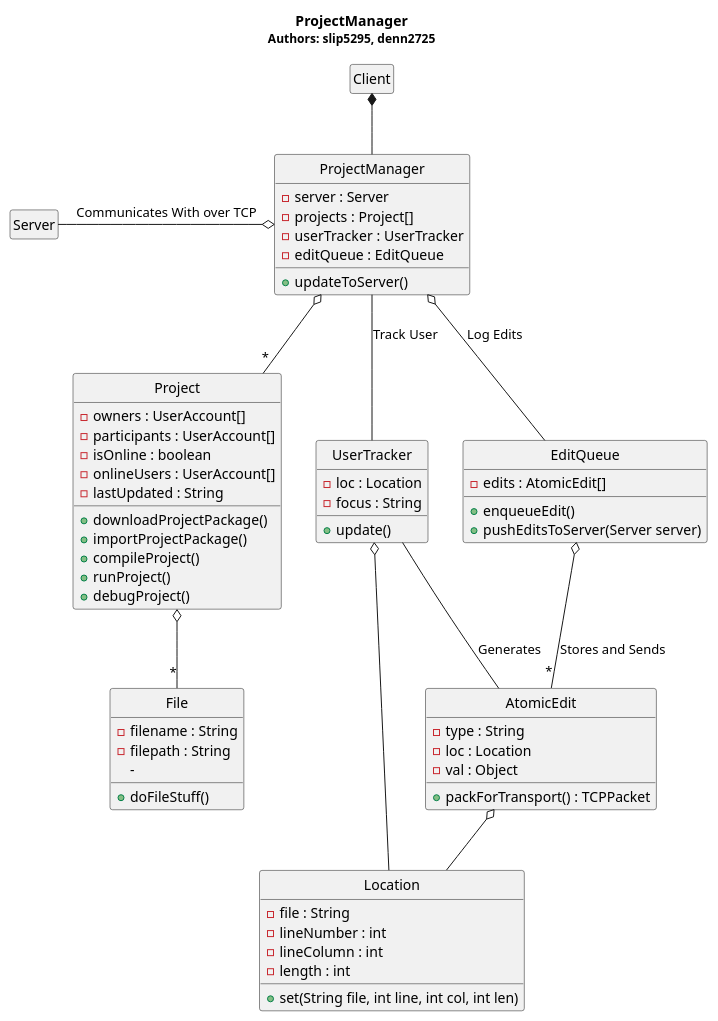
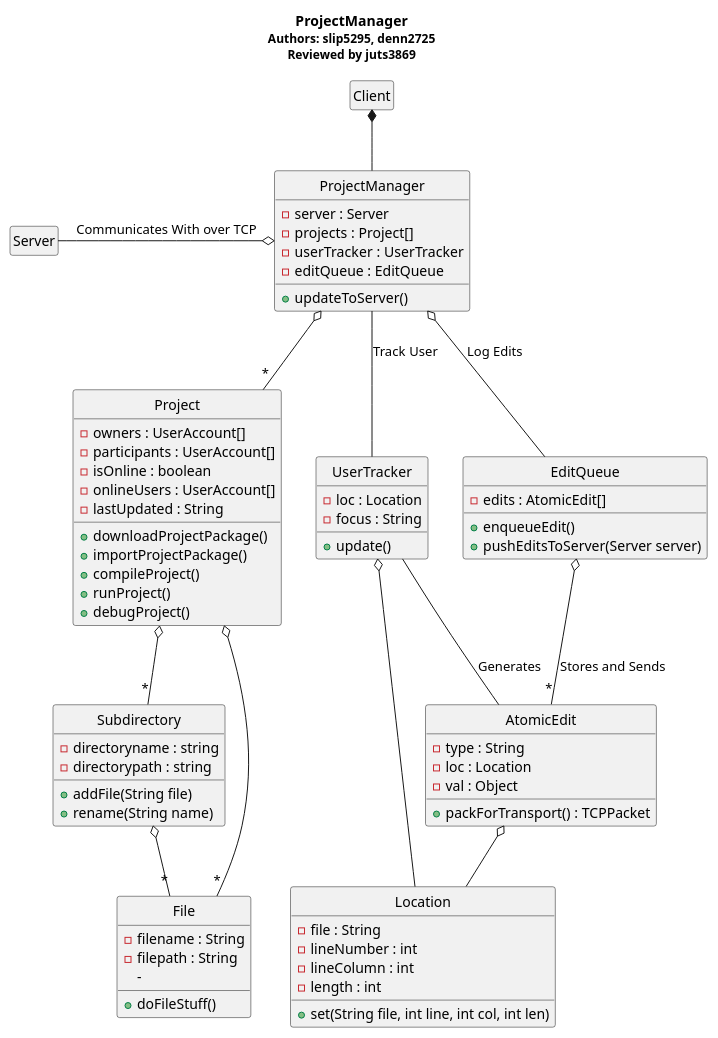
One commit to voxelv/sQuire_kw changed the diagram in hw3/Client/client_project.pu. Above: the diagram before and after it, drawn with PlantUML.

Commit message:
added Reviewed by line and Subdirectory class

```diff
--- a/hw3/Client/client_project.pu
+++ b/hw3/Client/client_project.pu
@@ -1,85 +1,94 @@
 @startuml
 hide circle
 hide empty members
 
-title <b>ProjectManager</b>\n<size:12>Authors: slip5295, denn2725</size>
+title <b>ProjectManager</b>\n<size:12>Authors: slip5295, denn2725</size>\n<size:12>Reviewed by juts3869</size>
 
 class "Client" as sq_c
 
 class "ProjectManager" as sq_projmgr {
     -server : Server
     -projects : Project[]
     -userTracker : UserTracker
     -editQueue : EditQueue
     +updateToServer()
 }
 
 class "Server" as sq_server
 
 class "Project" as proj {
     -owners : UserAccount[]
     -participants : UserAccount[]
     -isOnline : boolean
     -onlineUsers : UserAccount[]
     -lastUpdated : String
     +downloadProjectPackage()
     +importProjectPackage()
     +compileProject()
     +runProject()
     +debugProject()
 }
 
 class "File" as file {
     -filename : String
     -filepath : String
     -
     +doFileStuff()
 }
 
 class "UserTracker" as projmgr_utrack {
     -loc : Location
     -focus : String
     +update()
 }
 
 class "EditQueue" as projmgr_editq {
     -edits : AtomicEdit[]
     +enqueueEdit()
     +pushEditsToServer(Server server)
 }
 
 class "AtomicEdit" as editq_atomedit {
     -type : String
     -loc : Location
     -val : Object
     +packForTransport() : TCPPacket
 }
 
 class "Location" as loc {
     -file : String
     -lineNumber : int
     -lineColumn : int
     -length : int
     +set(String file, int line, int col, int len)
 }
 
+class "Subdirectory" as dir {
+	-directoryname : string
+	-directorypath : string
+	+addFile(String file)
+	+rename(String name)
+}
+
 sq_c *-- sq_projmgr
 
 sq_projmgr o-left- sq_server : Communicates With over TCP
 
 sq_projmgr -- projmgr_utrack : Track User
 sq_projmgr o-- projmgr_editq : Log Edits
 sq_projmgr o-- "*" proj
 
 proj o-- "*" file
+proj o-- "*" dir
+dir o-- "*" file
 
 projmgr_editq o-- "*" editq_atomedit : Stores and Sends
 
 projmgr_utrack o-- loc
 projmgr_utrack -- editq_atomedit : Generates
 
 editq_atomedit o-- loc
 
 
 
 @enduml
```
